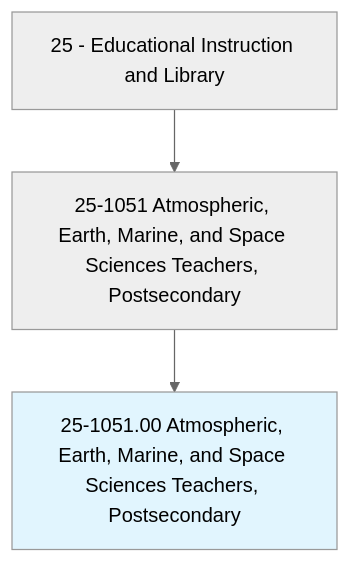
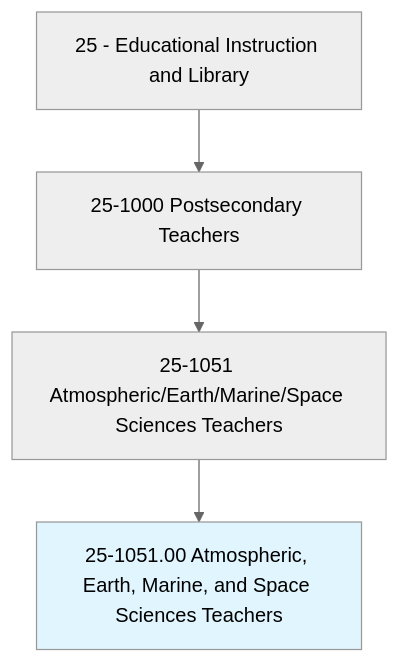
Before and after one commit to kziemski/business.org.ai: the first of 4 diagrams in occupations/Education/AtmosphericEarthMarineAndSpaceSciencesTeachersPostsecondary.mdx, drawn with Mermaid (neutral theme). The commit also changed other lines of this file and 938 other files, not shown here.

````diff
--- a/occupations/Education/AtmosphericEarthMarineAndSpaceSciencesTeachersPostsecondary.mdx
+++ b/occupations/Education/AtmosphericEarthMarineAndSpaceSciencesTeachersPostsecondary.mdx
@@ -19,6 +23,7 @@
 ```mermaid
 graph TD
-    Cat25["25 - Educational Instruction and Library"] --> Group251051["25-1051 Atmospheric, Earth, Marine, and Space Sciences Teachers, Postsecondary"]
-    Group251051 --> Current["25-1051.00 Atmospheric, Earth, Marine, and Space Sciences Teachers, Postsecondary"]
+    Cat25["25 - Educational Instruction and Library"] --> Group251["25-1000 Postsecondary Teachers"]
+    Group251 --> Group251051["25-1051 Atmospheric/Earth/Marine/Space Sciences Teachers"]
+    Group251051 --> Current["25-1051.00 Atmospheric, Earth, Marine, and Space Sciences Teachers"]
     style Current fill:#e1f5fe
 ```
````
